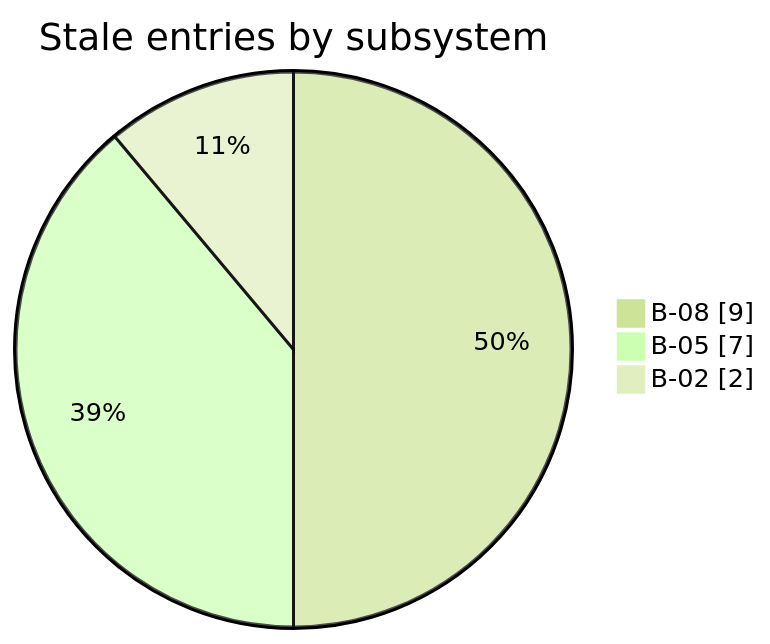
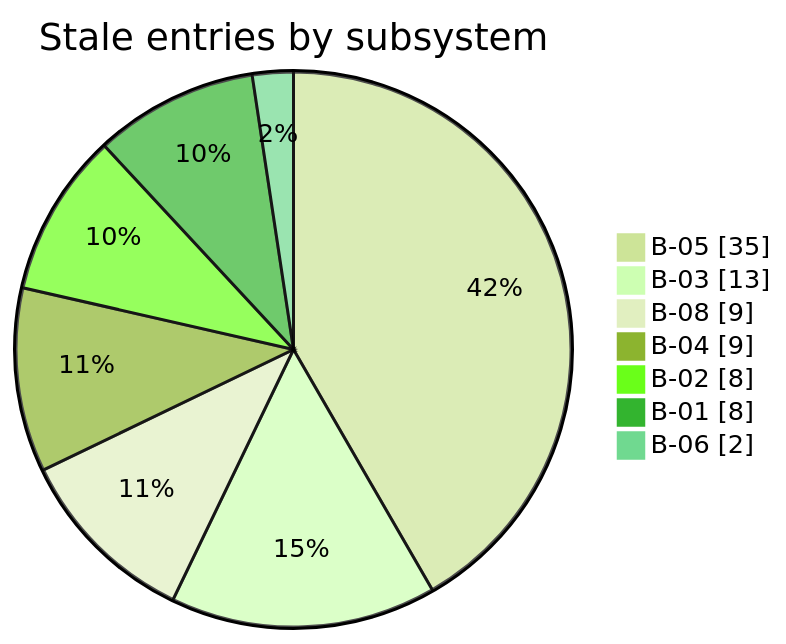
One commit to nfeldman/amanuensis changed the diagram in docs/architecture.md. Above: the diagram before and after it, drawn with Mermaid (forest theme). The commit also changed 33 other files, not shown here.

````diff
--- a/docs/architecture.md
+++ b/docs/architecture.md
@@ -39,7 +39,11 @@
 ```mermaid
 pie showData
     title Stale entries by subsystem
+    "B-05" : 35
+    "B-03" : 13
     "B-08" : 9
-    "B-05" : 7
-    "B-02" : 2
+    "B-04" : 9
+    "B-02" : 8
+    "B-01" : 8
+    "B-06" : 2
 ```
````
